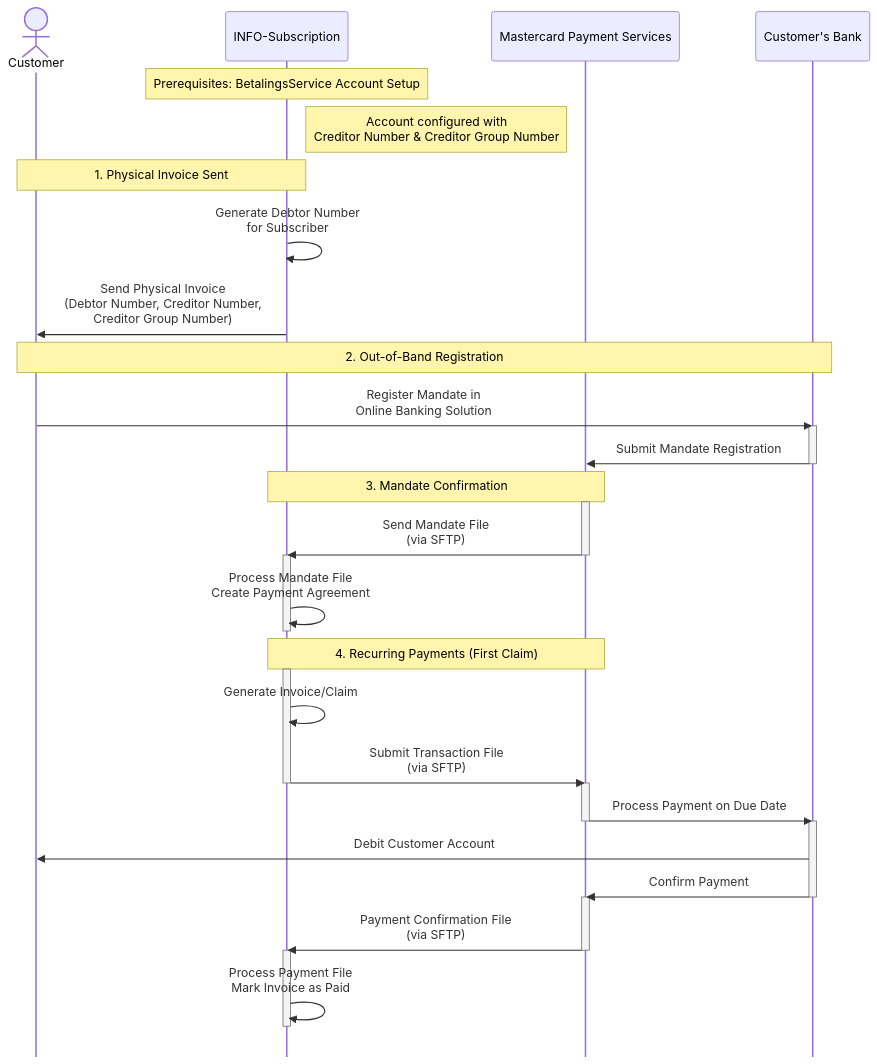
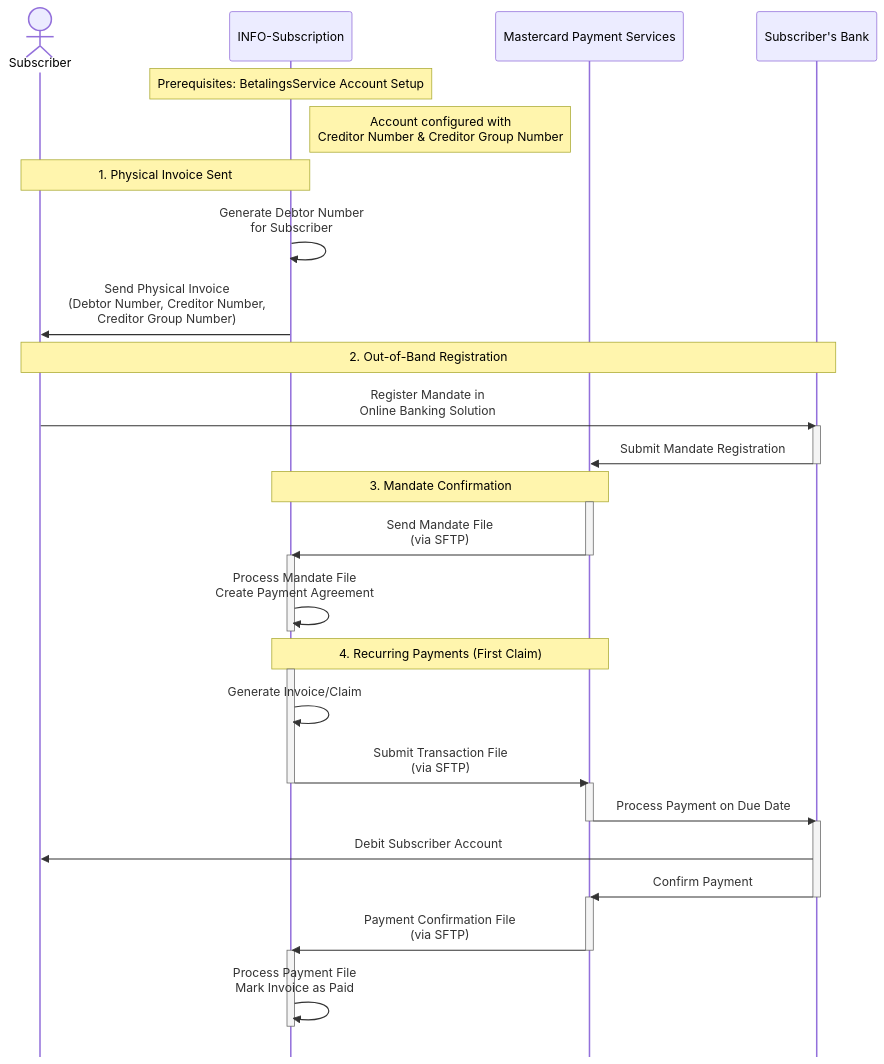
One commit to infosoftas/info-subscription-doc changed the diagram in source/payments/providers/betalingsservice-mandate-flow.mmd. Above: the diagram before and after it, drawn with Mermaid. The commit also changed 1 other file, not shown here.

Commit message:
Replace "Customer" with "Subscriber" for consistency throughout BetalingsService documentation

```diff
--- a/source/payments/providers/betalingsservice-mandate-flow.mmd
+++ b/source/payments/providers/betalingsservice-mandate-flow.mmd
@@ -1,50 +1,50 @@
 %%{init: { 'sequence': { 'mirrorActors': false } } }%%
 sequenceDiagram
-    actor Customer
+    actor Subscriber
     participant INFO as INFO-Subscription
     participant MPS as Mastercard Payment Services
-    participant Bank as Customer's Bank
+    participant Bank as Subscriber's Bank
 
     Note over INFO: Prerequisites: BetalingsService Account Setup
     Note right of INFO: Account configured with<br/>Creditor Number & Creditor Group Number
     
-    Note over INFO,Customer: 1. Physical Invoice Sent
+    Note over INFO,Subscriber: 1. Physical Invoice Sent
     INFO->>INFO: Generate Debtor Number<br/>for Subscriber
-    INFO->>Customer: Send Physical Invoice<br/>(Debtor Number, Creditor Number,<br/>Creditor Group Number)
+    INFO->>Subscriber: Send Physical Invoice<br/>(Debtor Number, Creditor Number,<br/>Creditor Group Number)
     
-    Note over Customer,Bank: 2. Out-of-Band Registration
-    Customer->>Bank: Register Mandate in<br/>Online Banking Solution
+    Note over Subscriber,Bank: 2. Out-of-Band Registration
+    Subscriber->>Bank: Register Mandate in<br/>Online Banking Solution
     activate Bank
     Bank->>MPS: Submit Mandate Registration
     deactivate Bank
     
     Note over MPS,INFO: 3. Mandate Confirmation
     activate MPS
     MPS->>INFO: Send Mandate File<br/>(via SFTP)
     deactivate MPS
     activate INFO
     INFO->>INFO: Process Mandate File<br/>Create Payment Agreement
     deactivate INFO
     
     Note over INFO,MPS: 4. Recurring Payments (First Claim)
     activate INFO
     INFO->>INFO: Generate Invoice/Claim
     INFO->>MPS: Submit Transaction File<br/>(via SFTP)
     deactivate INFO
     
     activate MPS
     MPS->>Bank: Process Payment on Due Date
     deactivate MPS
     
     activate Bank
-    Bank->>Customer: Debit Customer Account
+    Bank->>Subscriber: Debit Subscriber Account
     Bank->>MPS: Confirm Payment
     deactivate Bank
     
     activate MPS
     MPS->>INFO: Payment Confirmation File<br/>(via SFTP)
     deactivate MPS
     
     activate INFO
     INFO->>INFO: Process Payment File<br/>Mark Invoice as Paid
     deactivate INFO
```
